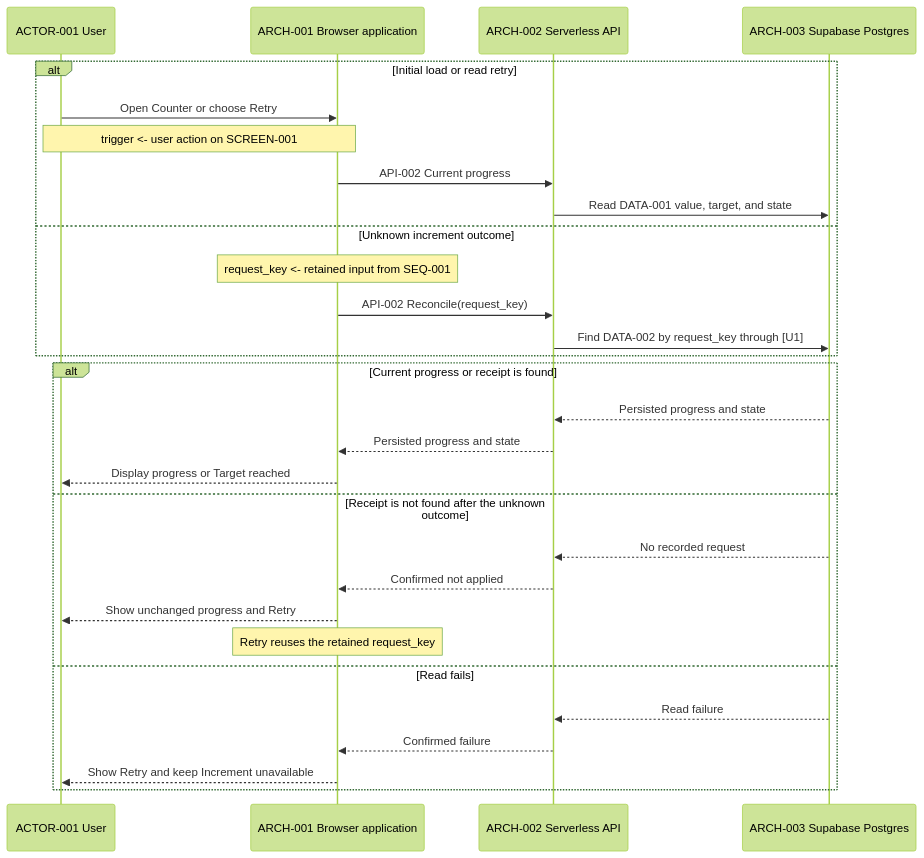
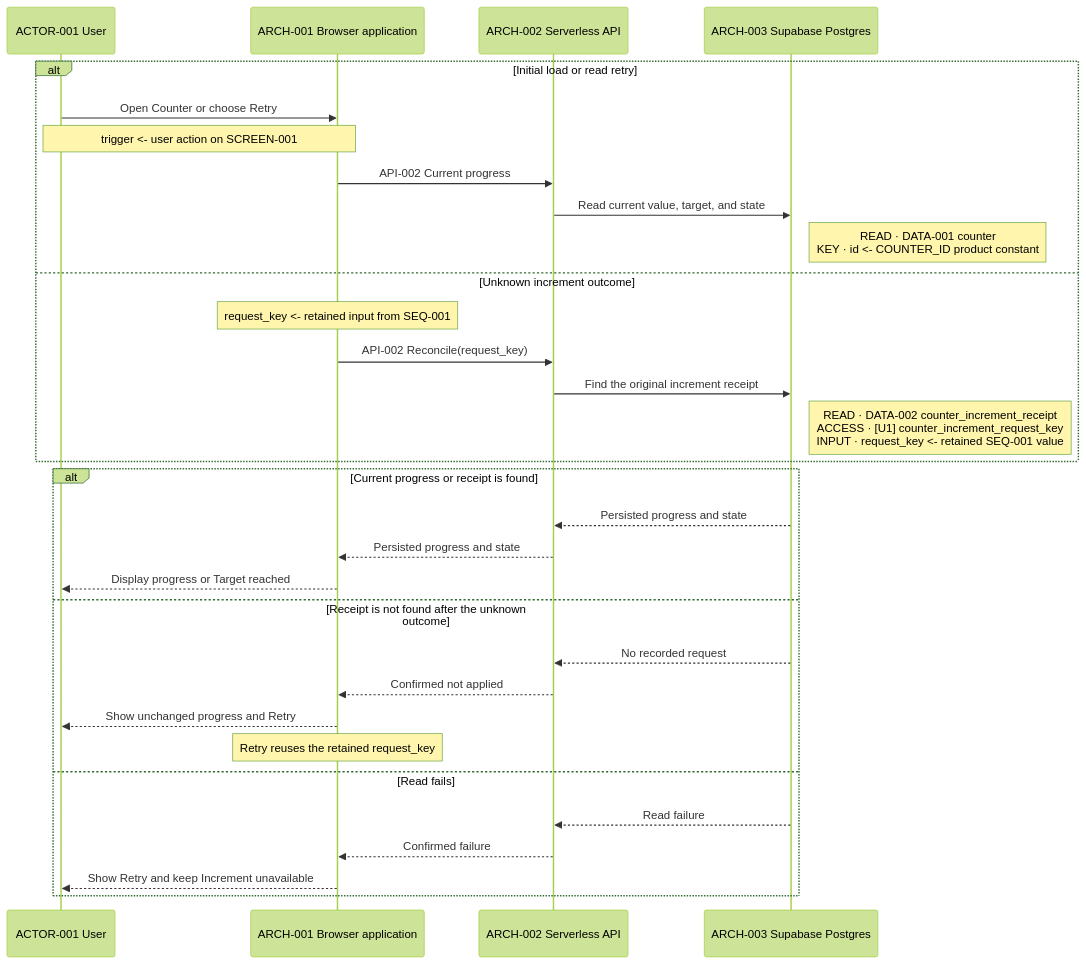
The second of 2 diagrams in skills/product-intent-manager/assets/example-product-intent-package/sequences/sequences.md (swabbie-dev/product-intent-package), drawn with Mermaid (forest theme) before and after one commit. The commit also changed other lines of this file and 6 other files, not shown here.

Commit message:
docs: show database access in sequences

````diff
--- a/skills/product-intent-manager/assets/example-product-intent-package/sequences/sequences.md
+++ b/skills/product-intent-manager/assets/example-product-intent-package/sequences/sequences.md
@@ -76,32 +78,34 @@
 ```mermaid
 sequenceDiagram
   participant U as ACTOR-001 User
   participant B as ARCH-001 Browser application
   participant S as ARCH-002 Serverless API
   participant D as ARCH-003 Supabase Postgres
 
   alt Initial load or read retry
     U->>B: Open Counter or choose Retry
     Note over U,B: trigger <- user action on SCREEN-001
     B->>S: API-002 Current progress
-    S->>D: Read DATA-001 value, target, and state
+    S->>D: Read current value, target, and state
+    Note right of D: READ · DATA-001 counter<br/>KEY · id <- COUNTER_ID product constant
   else Unknown increment outcome
     Note over B: request_key <- retained input from SEQ-001
     B->>S: API-002 Reconcile(request_key)
-    S->>D: Find DATA-002 by request_key through [U1]
+    S->>D: Find the original increment receipt
+    Note right of D: READ · DATA-002 counter_increment_receipt<br/>ACCESS · [U1] counter_increment_request_key<br/>INPUT · request_key <- retained SEQ-001 value
   end
   alt Current progress or receipt is found
     D-->>S: Persisted progress and state
     S-->>B: Persisted progress and state
     B-->>U: Display progress or Target reached
   else Receipt is not found after the unknown outcome
     D-->>S: No recorded request
     S-->>B: Confirmed not applied
     B-->>U: Show unchanged progress and Retry
     Note over B: Retry reuses the retained request_key
   else Read fails
     D-->>S: Read failure
     S-->>B: Confirmed failure
     B-->>U: Show Retry and keep Increment unavailable
   end
 ```
````
